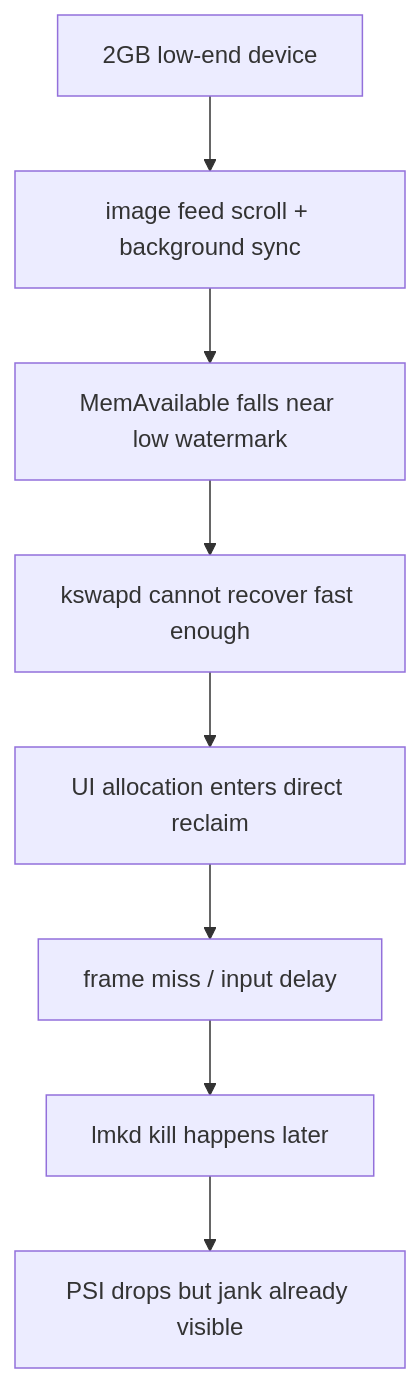
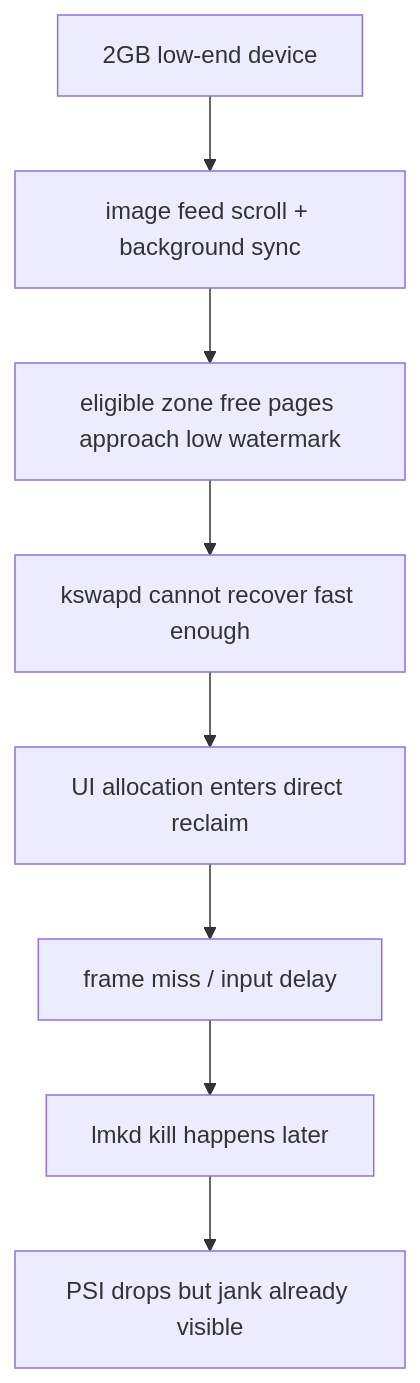
Before and after one commit to hello-he/android-memory-expert: the first of 7 diagrams in docs/week-10/day64-case-watermark-too-low-jank.md, drawn with Mermaid. The commit also changed other lines of this file and 13 other files, not shown here.

````diff
--- a/docs/week-10/day64-case-watermark-too-low-jank.md
+++ b/docs/week-10/day64-case-watermark-too-low-jank.md
@@ -9,10 +11,10 @@
 ```mermaid
 flowchart TD
     A[2GB low-end device] --> B[image feed scroll + background sync]
-    B --> C[MemAvailable falls near low watermark]
+    B --> C[eligible zone free pages approach low watermark]
     C --> D[kswapd cannot recover fast enough]
     D --> E[UI allocation enters direct reclaim]
     E --> F[frame miss / input delay]
     F --> G[lmkd kill happens later]
     G --> H[PSI drops but jank already visible]
 ```
````
